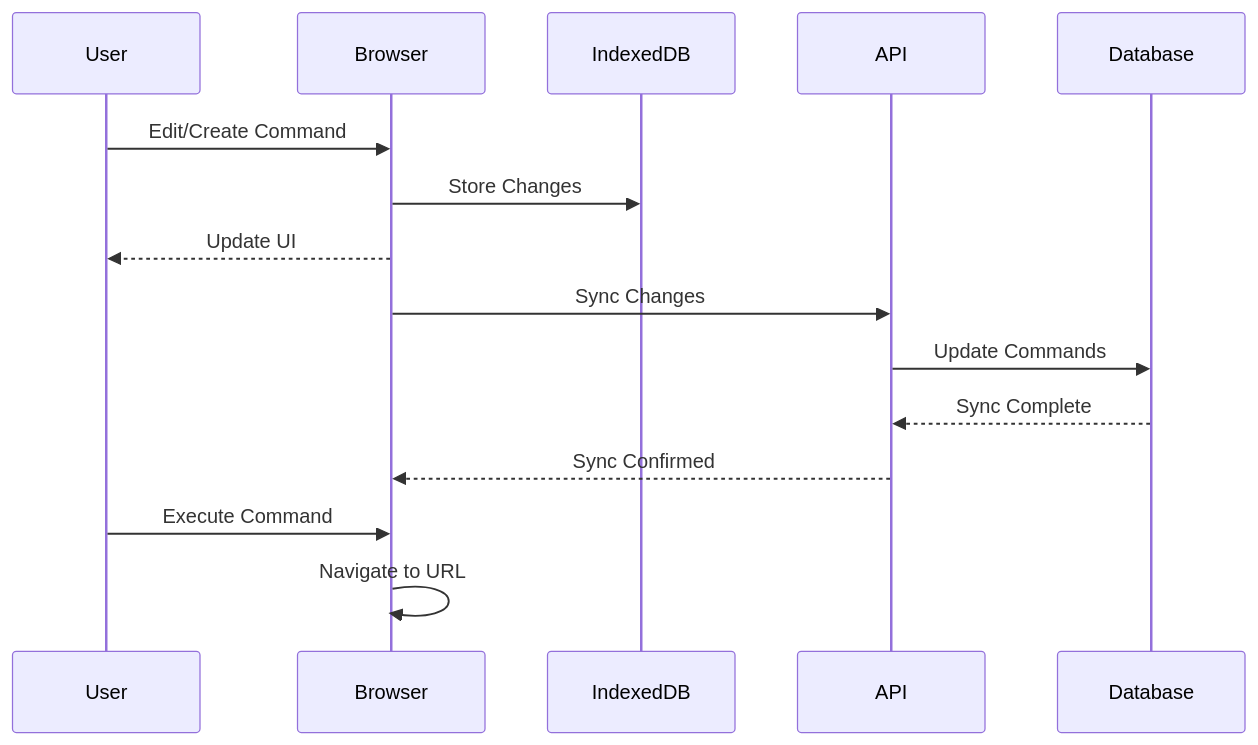
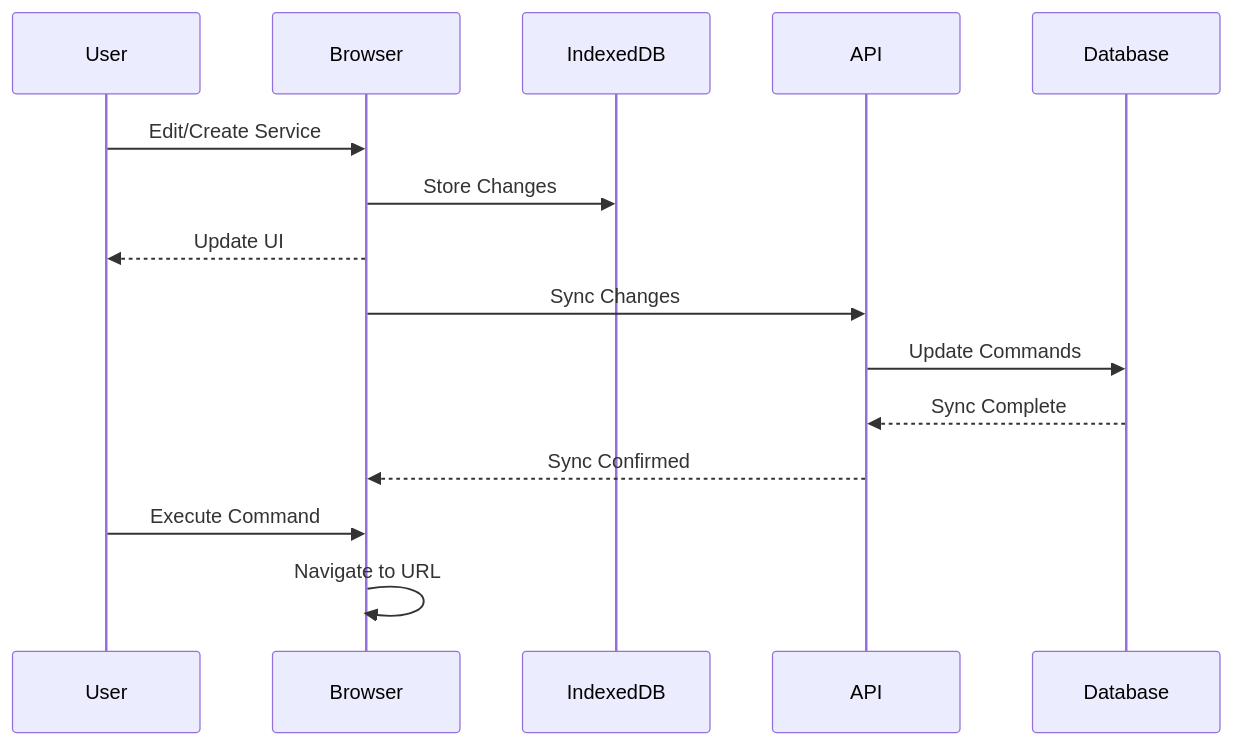
Before and after one commit to m3au/meows: the eighth of 12 diagrams in index.md, drawn with Mermaid. The commit also changed other lines of this file and 3 other files, not shown here.

First line of the commit message:
Create create-service.md documentation for service creation page

````diff
--- a/index.md
+++ b/index.md
@@ -436,20 +436,20 @@
 ```mermaid
 sequenceDiagram
     participant User
     participant Browser
     participant IndexedDB
     participant API
     participant Database
 
-    User->>Browser: Edit/Create Command
+    User->>Browser: Edit/Create Service
     Browser->>IndexedDB: Store Changes
     Browser-->>User: Update UI
 
     Browser->>API: Sync Changes
     API->>Database: Update Commands
     Database-->>API: Sync Complete
     API-->>Browser: Sync Confirmed
 
     User->>Browser: Execute Command
     Browser->>Browser: Navigate to URL
 ```
````
